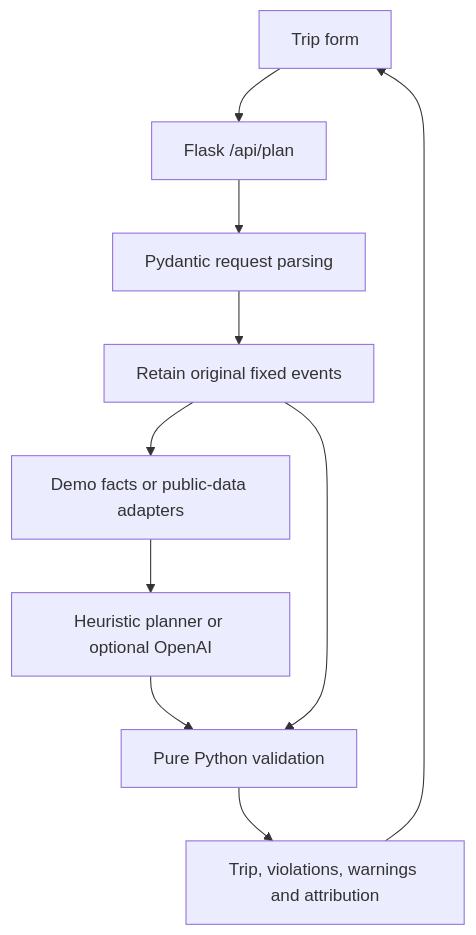
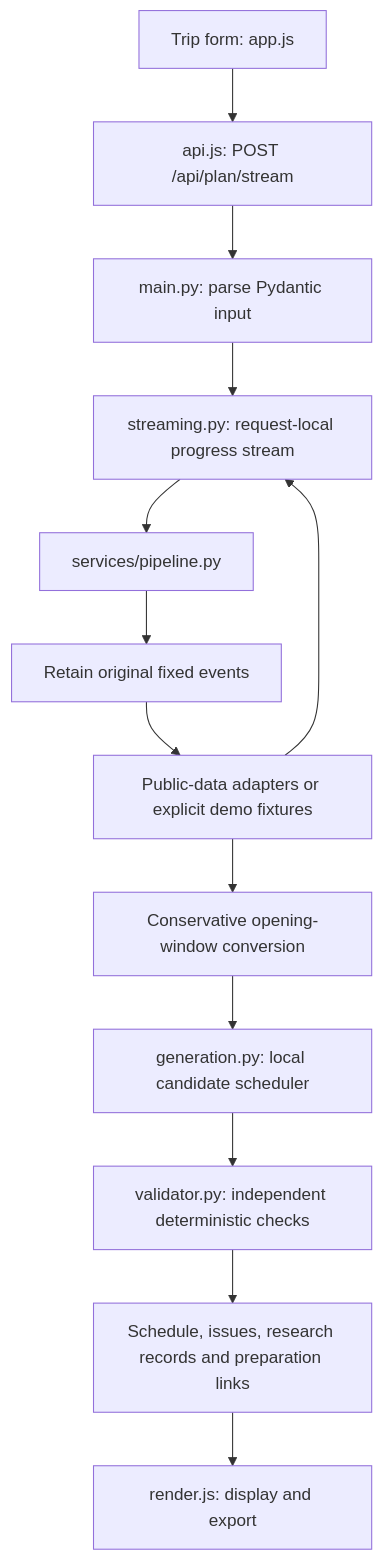
One commit to Forevermyhero/cs222-project changed the diagram in docs/architecture.md. Above: the diagram before and after it, drawn with Mermaid. The commit also changed other lines of this file and 49 other files, not shown here.

````diff
--- a/docs/architecture.md
+++ b/docs/architecture.md
@@ -9,12 +9,15 @@
 ```mermaid
 flowchart TD
-    User[Trip form] --> API[Flask /api/plan]
-    API --> Input[Pydantic request parsing]
-    Input --> Baseline[Retain original fixed events]
-    Baseline --> Data[Demo facts or public-data adapters]
-    Data --> Planner[Heuristic planner or optional OpenAI]
-    Planner --> Validator[Pure Python validation]
-    Baseline --> Validator
-    Validator --> Result[Trip, violations, warnings and attribution]
-    Result --> User
+    Form[Trip form: app.js] --> HTTP[api.js: POST /api/plan/stream]
+    HTTP --> API[main.py: parse Pydantic input]
+    API --> Stream[streaming.py: request-local progress stream]
+    Stream --> Pipeline[services/pipeline.py]
+    Pipeline --> Baseline[Retain original fixed events]
+    Baseline --> Facts[Public-data adapters or explicit demo fixtures]
+    Facts --> Hours[Conservative opening-window conversion]
+    Hours --> Candidate[generation.py: local candidate scheduler]
+    Candidate --> Rules[validator.py: independent deterministic checks]
+    Rules --> Result[Schedule, issues, research records and preparation links]
+    Result --> Render[render.js: display and export]
+    Facts --> Stream
 ```
````
